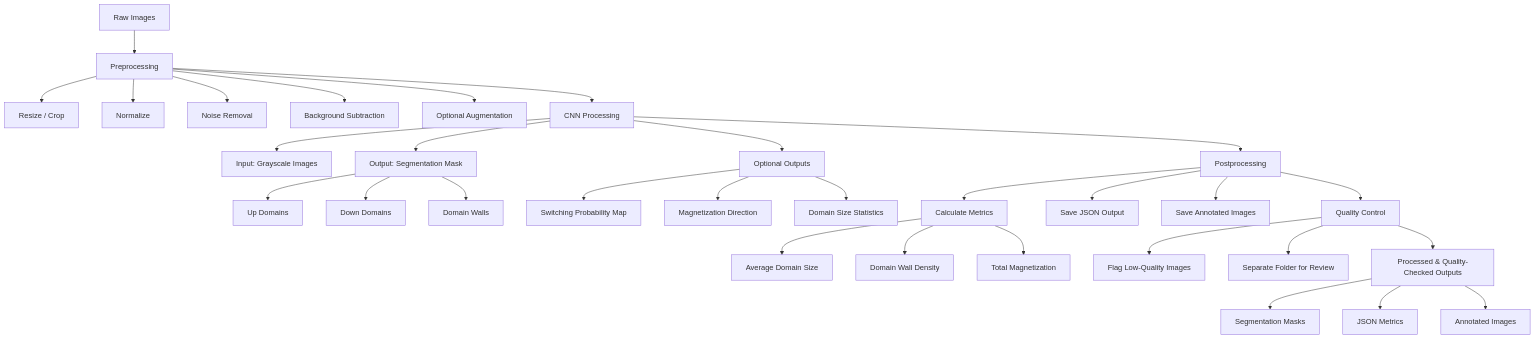
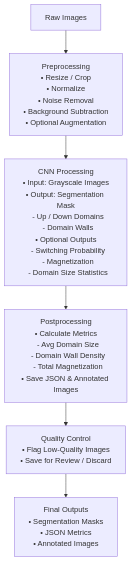
Before and after one commit to standaniels2003-stack/Magneto-Optical-Microsope: the diagram in Notes/Ideas.md, drawn with Mermaid.

````diff
--- a/Notes/Ideas.md
+++ b/Notes/Ideas.md
@@ -15,37 +15,8 @@
 ```mermaid
 flowchart TD
-    A[Raw Images] --> B[Preprocessing]
-    B --> B1[Resize / Crop]
-    B --> B2[Normalize]
-    B --> B3[Noise Removal]
-    B --> B4[Background Subtraction]
-    B --> B5[Optional Augmentation]
-
-    B --> C[CNN Processing]
-    C --> C1[Input: Grayscale Images]
-    C --> C2[Output: Segmentation Mask]
-    C2 --> C2a[Up Domains]
-    C2 --> C2b[Down Domains]
-    C2 --> C2c[Domain Walls]
-    C --> C3[Optional Outputs]
-    C3 --> C3a[Switching Probability Map]
-    C3 --> C3b[Magnetization Direction]
-    C3 --> C3c[Domain Size Statistics]
-
-    C --> D[Postprocessing]
-    D --> D1[Calculate Metrics]
-    D1 --> D1a[Average Domain Size]
-    D1 --> D1b[Domain Wall Density]
-    D1 --> D1c[Total Magnetization]
-    D --> D2[Save JSON Output]
-    D --> D3[Save Annotated Images]
-
-    D --> E[Quality Control]
-    E --> E1[Flag Low-Quality Images]
-    E --> E2[Separate Folder for Review]
-
-    E --> F[Processed & Quality-Checked Outputs]
-    F --> F1[Segmentation Masks]
-    F --> F2[JSON Metrics]
-    F --> F3[Annotated Images]
+    A[Raw Images] --> B[Preprocessing\n• Resize / Crop\n• Normalize\n• Noise Removal\n• Background Subtraction\n• Optional Augmentation]
+    B --> C[CNN Processing\n• Input: Grayscale Images\n• Output: Segmentation Mask\n  - Up / Down Domains\n  - Domain Walls\n• Optional Outputs\n  - Switching Probability\n  - Magnetization\n  - Domain Size Statistics]
+    C --> D[Postprocessing\n• Calculate Metrics\n  - Avg Domain Size\n  - Domain Wall Density\n  - Total Magnetization\n• Save JSON & Annotated Images]
+    D --> E[Quality Control\n• Flag Low-Quality Images\n• Save for Review / Discard]
+    E --> F[Final Outputs\n• Segmentation Masks\n• JSON Metrics\n• Annotated Images]
 ```
````
